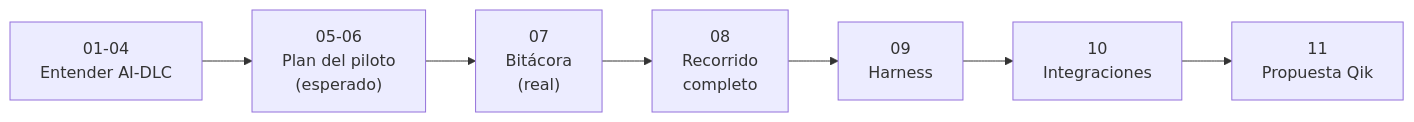
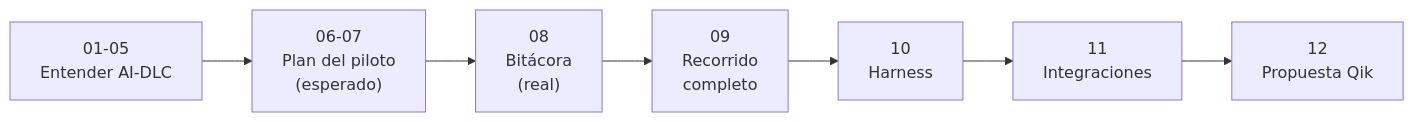
One commit to agentile1sp/panel changed the diagram in playbook/00-guia-del-playbook.md. Above: the diagram before and after it, drawn with Mermaid. The commit also changed other lines of this file and 39 other files, not shown here.

````diff
--- a/playbook/00-guia-del-playbook.md
+++ b/playbook/00-guia-del-playbook.md
@@ -59,9 +59,9 @@
 ```mermaid
 flowchart LR
-    A["01-04<br/>Entender AI-DLC"] --> B["05-06<br/>Plan del piloto<br/>(esperado)"]
-    B --> C["07<br/>Bitácora<br/>(real)"]
-    C --> D["08<br/>Recorrido<br/>completo"]
-    D --> E["09<br/>Harness"]
-    E --> F["10<br/>Integraciones"]
-    F --> G["11<br/>Propuesta Qik"]
+    A["01-05<br/>Entender AI-DLC"] --> B["06-07<br/>Plan del piloto<br/>(esperado)"]
+    B --> C["08<br/>Bitácora<br/>(real)"]
+    C --> D["09<br/>Recorrido<br/>completo"]
+    D --> E["10<br/>Harness"]
+    E --> F["11<br/>Integraciones"]
+    F --> G["12<br/>Propuesta Qik"]
 ```
````
